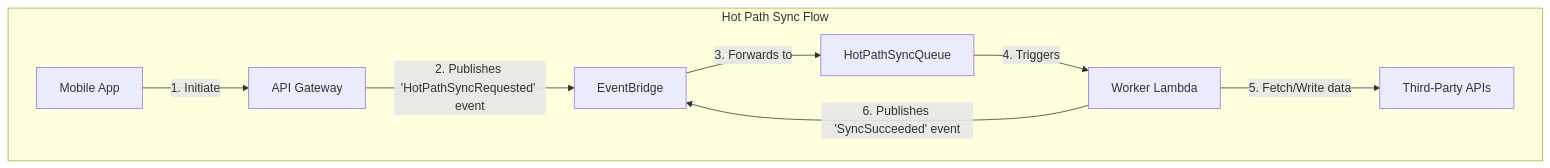
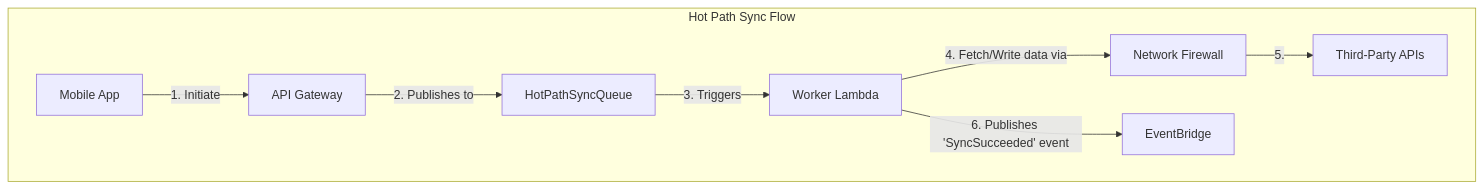
One commit to dino10bit/healthsync changed the eighth of 11 diagrams in docs/architecture/06-technical-architecture.md. Above: the diagram before and after it, drawn with Mermaid. The commit also changed other lines of this file and 35 other files, not shown here.

````diff
--- a/docs/architecture/06-technical-architecture.md
+++ b/docs/architecture/06-technical-architecture.md
@@ -1118,11 +1168,11 @@
 ```mermaid
 graph TD
     subgraph "Hot Path Sync Flow"
         A[Mobile App] -- 1. Initiate --> B[API Gateway]
-        B -- 2. Publishes 'HotPathSyncRequested' event --> C[EventBridge]
-        C -- 3. Forwards to --> SQS[HotPathSyncQueue]
-        SQS -- 4. Triggers --> D[Worker Lambda]
-        D -- 5. Fetch/Write data --> E[Third-Party APIs]
-        D -- 6. Publishes 'SyncSucceeded' event --> C
+        B -- 2. Publishes to --> SQS[HotPathSyncQueue]
+        SQS -- 3. Triggers --> D[Worker Lambda]
+        D -- "4. Fetch/Write data via" --> F[Network Firewall]
+        F -- 5. --> E[Third-Party APIs]
+        D -- 6. Publishes 'SyncSucceeded' event --> C[EventBridge]
     end
 ```
````
